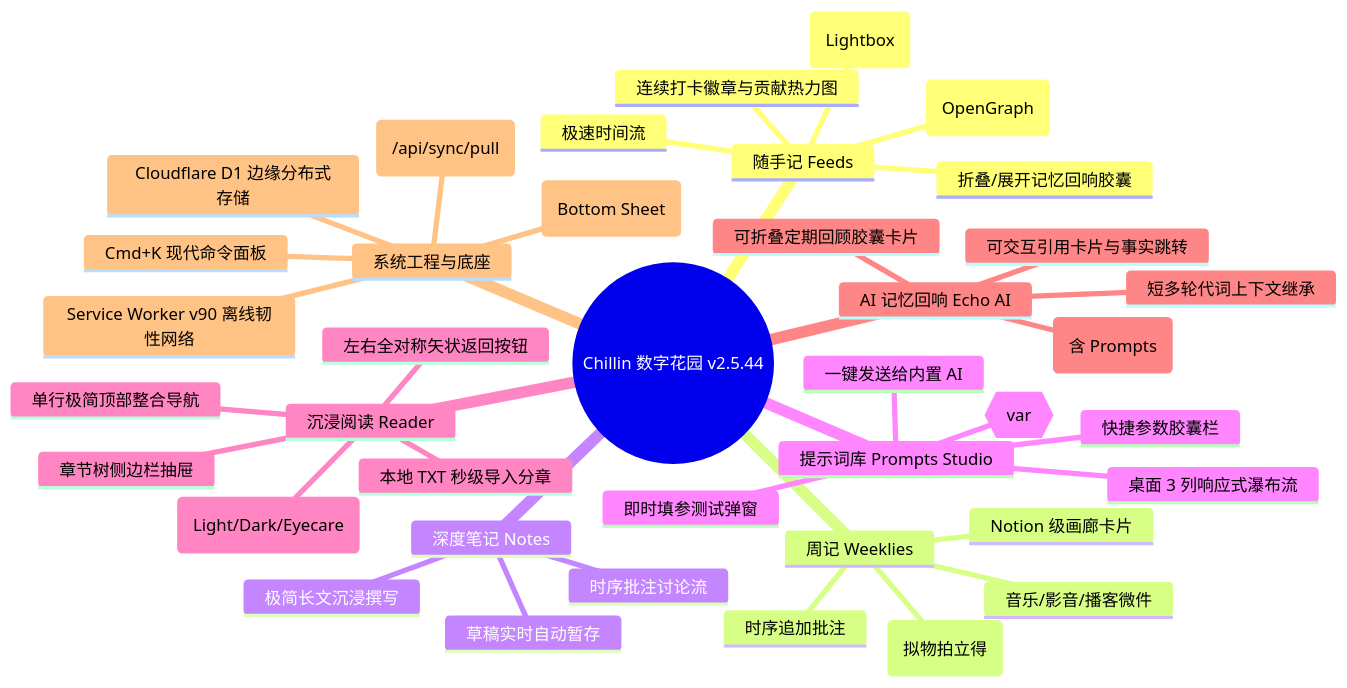
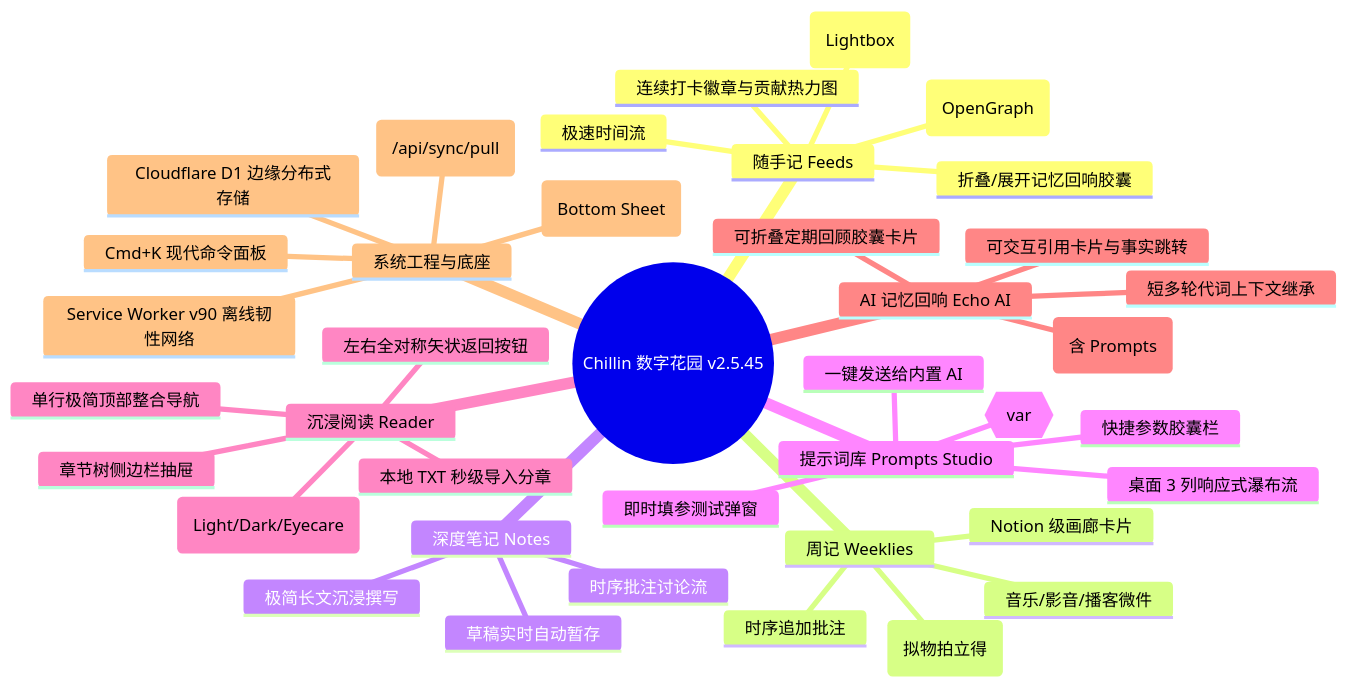
The diagram in docs/Chillin数字花园_产品全景与工程架构分析报告.md (2089700996jy-del/chillin), drawn with Mermaid before and after one commit. The commit also changed other lines of this file and 7 other files, not shown here.

````diff
--- a/docs/Chillin数字花园_产品全景与工程架构分析报告.md
+++ b/docs/Chillin数字花园_产品全景与工程架构分析报告.md
@@ -62,42 +62,42 @@
 ```mermaid
 mindmap
-  root((Chillin 数字花园 v2.5.44))
+  root((Chillin 数字花园 v2.5.45))
     随手记 Feeds
       极速时间流
       外链卡片解析 (OpenGraph)
       全屏手势图片灯箱 (Lightbox)
       连续打卡徽章与贡献热力图
       折叠/展开记忆回响胶囊
     周记 Weeklies
       Notion 级画廊卡片
       烟火日常 (拟物拍立得)
       音乐/影音/播客微件
       时序追加批注
     深度笔记 Notes
       极简长文沉浸撰写
       草稿实时自动暂存
       时序批注讨论流
     提示词库 Prompts Studio
       参数化占位符 {{var}}
       快捷参数胶囊栏
       即时填参测试弹窗
       一键发送给内置 AI
       桌面 3 列响应式瀑布流
     沉浸阅读 Reader
       本地 TXT 秒级导入分章
       单行极简顶部整合导航
       左右全对称矢状返回按钮
       章节树侧边栏抽屉
       三档全站主题 (Light/Dark/Eyecare)
     AI 记忆回响 Echo AI
       全域资产索引 (含 Prompts)
       短多轮代词上下文继承
       可交互引用卡片与事实跳转
       可折叠定期回顾胶囊卡片
     系统工程与底座
       Cmd+K 现代命令面板
       全屏手势与半屏抽屉 (Bottom Sheet)
       单 RTT 聚合增量同步 (/api/sync/pull)
       Service Worker v90 离线韧性网络
       Cloudflare D1 边缘分布式存储
 ```
````
